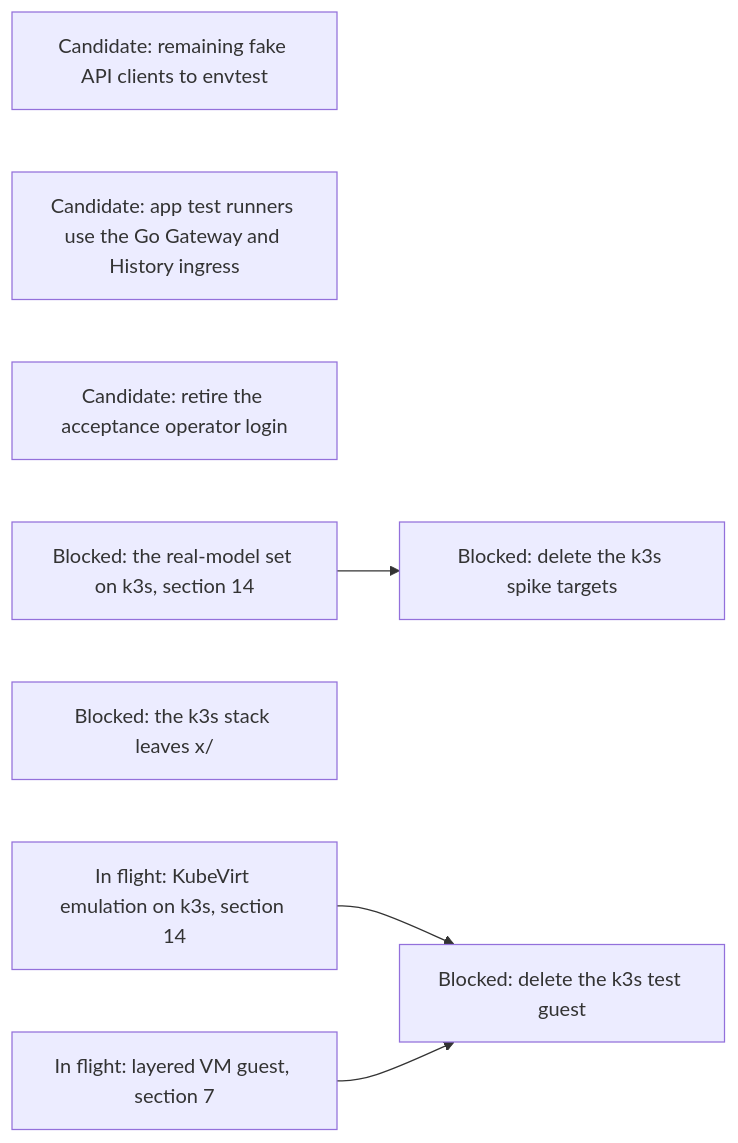
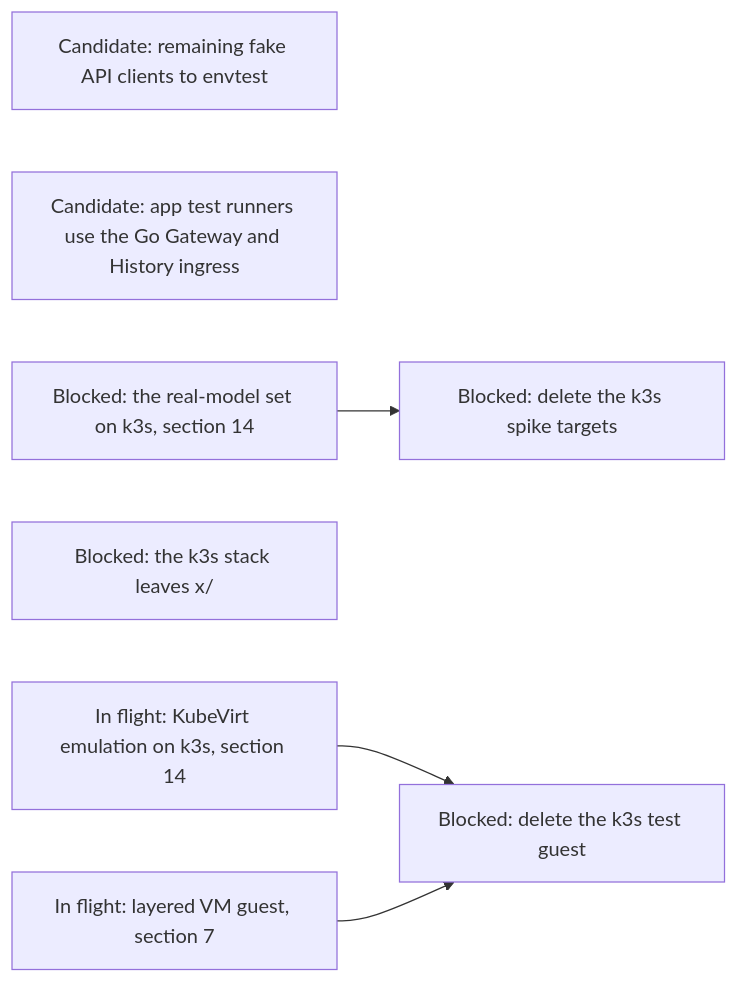
Diagram 19 of 19 in agentplane/plans/task_dag.md (agentydragon/ducktape), drawn with Mermaid before and after one commit. The commit also changed other lines of this file, not shown here.

First line of the commit message:
agentplane/plans: drop ACCEPTANCE_OPERATOR_CREDENTIALS_RETIRE

````diff
--- a/agentplane/plans/task_dag.md
+++ b/agentplane/plans/task_dag.md
@@ -2104,10 +2103,9 @@
 ```mermaid
 flowchart LR
     FAKE_CLIENTS_TO_ENVTEST[Candidate: remaining fake API clients to envtest]
     APP_TEST_RUNNER_FIXTURES_GO[Candidate: app test runners use the Go Gateway and History ingress]
-    ACCEPTANCE_OPERATOR_CREDENTIALS_RETIRE[Candidate: retire the acceptance operator login]
     K3S_MODEL_SCENARIOS[Blocked: the real-model set on k3s, section 14] --> K3S_SPIKE_TARGETS_RETIRE[Blocked: delete the k3s spike targets]
     K3S_ENV_OUT_OF_X[Blocked: the k3s stack leaves x/]
     K3S_VM_ACCEPTANCE[In flight: KubeVirt emulation on k3s, section 14] --> K3S_TEST_GUEST_RETIRE[Blocked: delete the k3s test guest]
     RUNNER_LAYERING_VM[In flight: layered VM guest, section 7] --> K3S_TEST_GUEST_RETIRE
 ```
````
